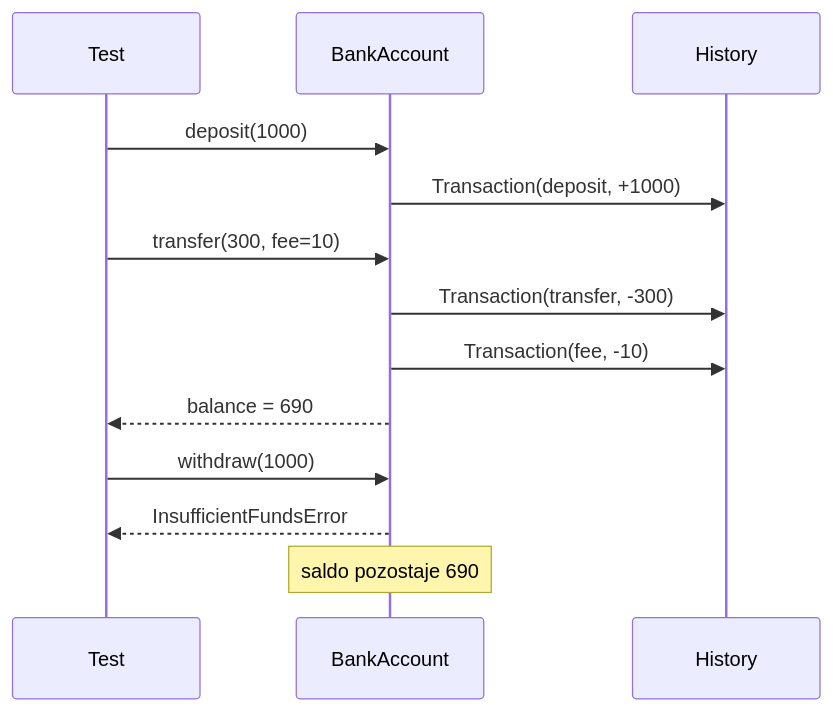
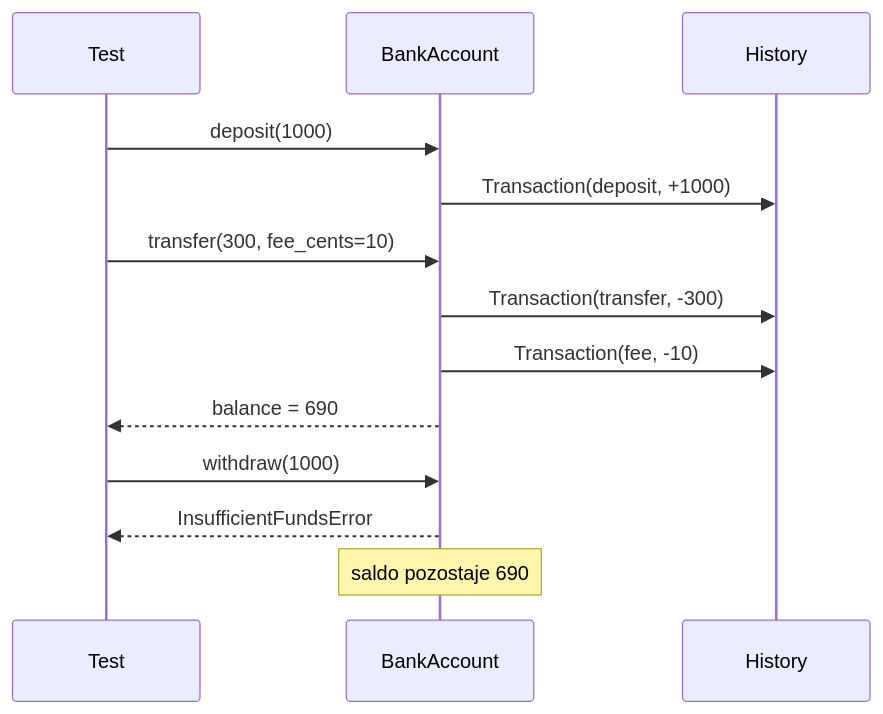
Before and after one commit to tborzyszkowski/python-test: the diagram in src/02-TDD/07-tdd-bank-account/README.md, drawn with Mermaid. The commit also changed 7 other files, not shown here.

````diff
--- a/src/02-TDD/07-tdd-bank-account/README.md
+++ b/src/02-TDD/07-tdd-bank-account/README.md
@@ -21,15 +21,15 @@
 ```mermaid
 sequenceDiagram
     participant T as Test
     participant A as BankAccount
     participant H as History
     T->>A: deposit(1000)
     A->>H: Transaction(deposit, +1000)
-    T->>A: transfer(300, fee=10)
+    T->>A: transfer(300, fee_cents=10)
     A->>H: Transaction(transfer, -300)
     A->>H: Transaction(fee, -10)
     A-->>T: balance = 690
     T->>A: withdraw(1000)
     A-->>T: InsufficientFundsError
     Note over A: saldo pozostaje 690
 ```
````
